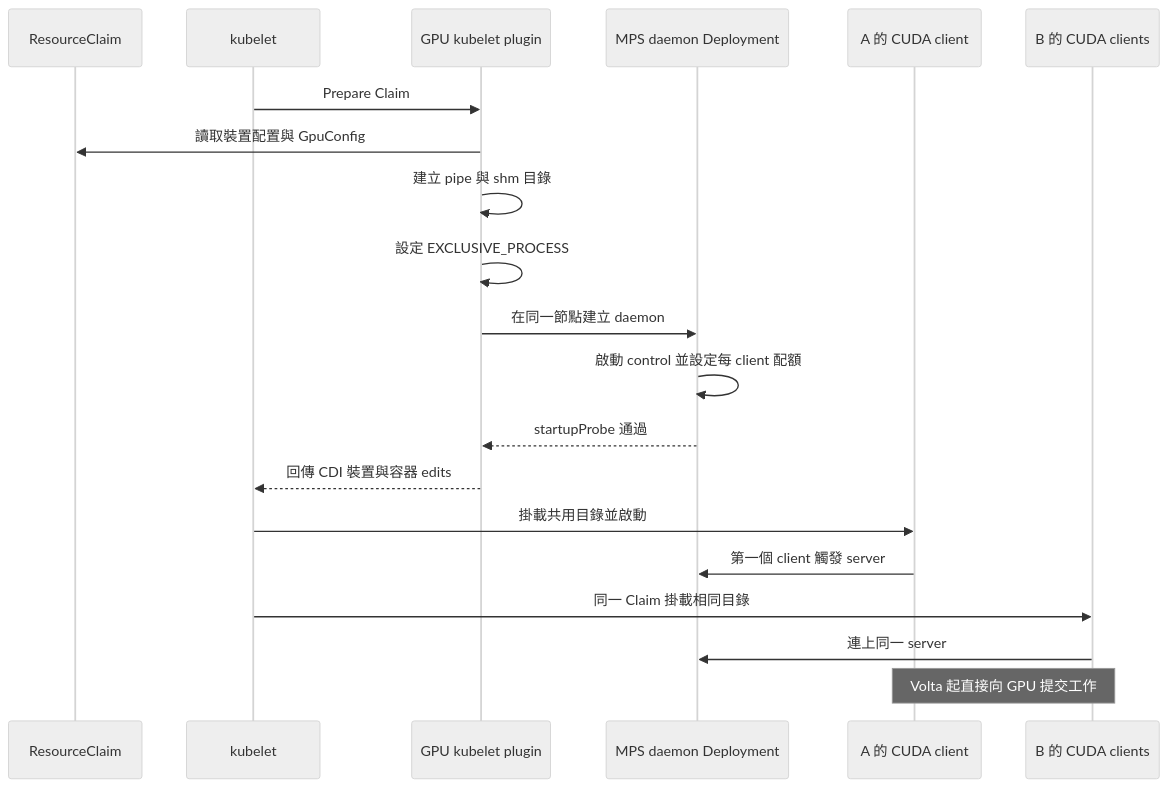
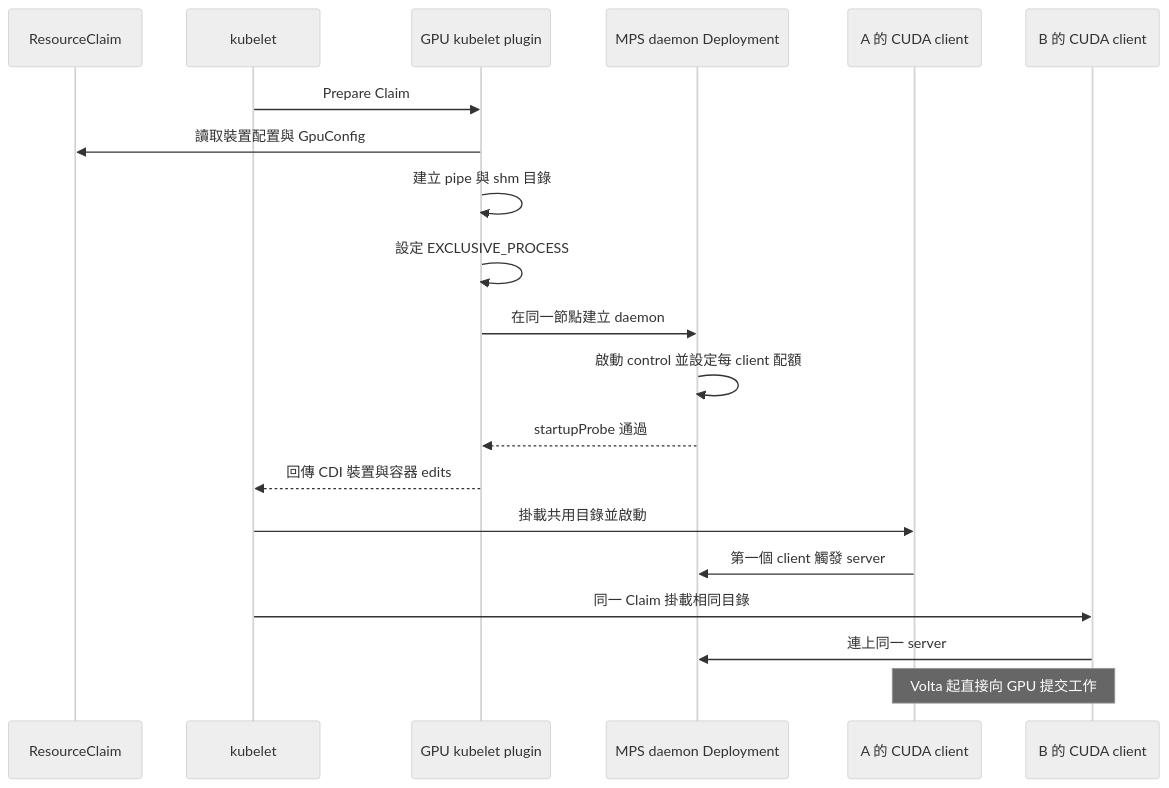
The fourth of 4 diagrams in book/04-isolation/mps.md (Daniel77871/dra-gpu-sharing-in-practice), drawn with Mermaid (neutral theme) before and after one commit. The commit also changed other lines of this file and 2 other files, not shown here.

````diff
--- a/book/04-isolation/mps.md
+++ b/book/04-isolation/mps.md
@@ -160,22 +160,22 @@
 ```mermaid
 sequenceDiagram
   participant C as ResourceClaim
   participant K as kubelet
   participant P as GPU kubelet plugin
   participant D as MPS daemon Deployment
   participant A as A 的 CUDA client
-  participant B as B 的 CUDA clients
+  participant B as B 的 CUDA client
   K->>P: Prepare Claim
   P->>C: 讀取裝置配置與 GpuConfig
   P->>P: 建立 pipe 與 shm 目錄
   P->>P: 設定 EXCLUSIVE_PROCESS
   P->>D: 在同一節點建立 daemon
   D->>D: 啟動 control 並設定每 client 配額
   D-->>P: startupProbe 通過
   P-->>K: 回傳 CDI 裝置與容器 edits
   K->>A: 掛載共用目錄並啟動
   A->>D: 第一個 client 觸發 server
   K->>B: 同一 Claim 掛載相同目錄
   B->>D: 連上同一 server
   Note over A,B: Volta 起直接向 GPU 提交工作
 ```
````
